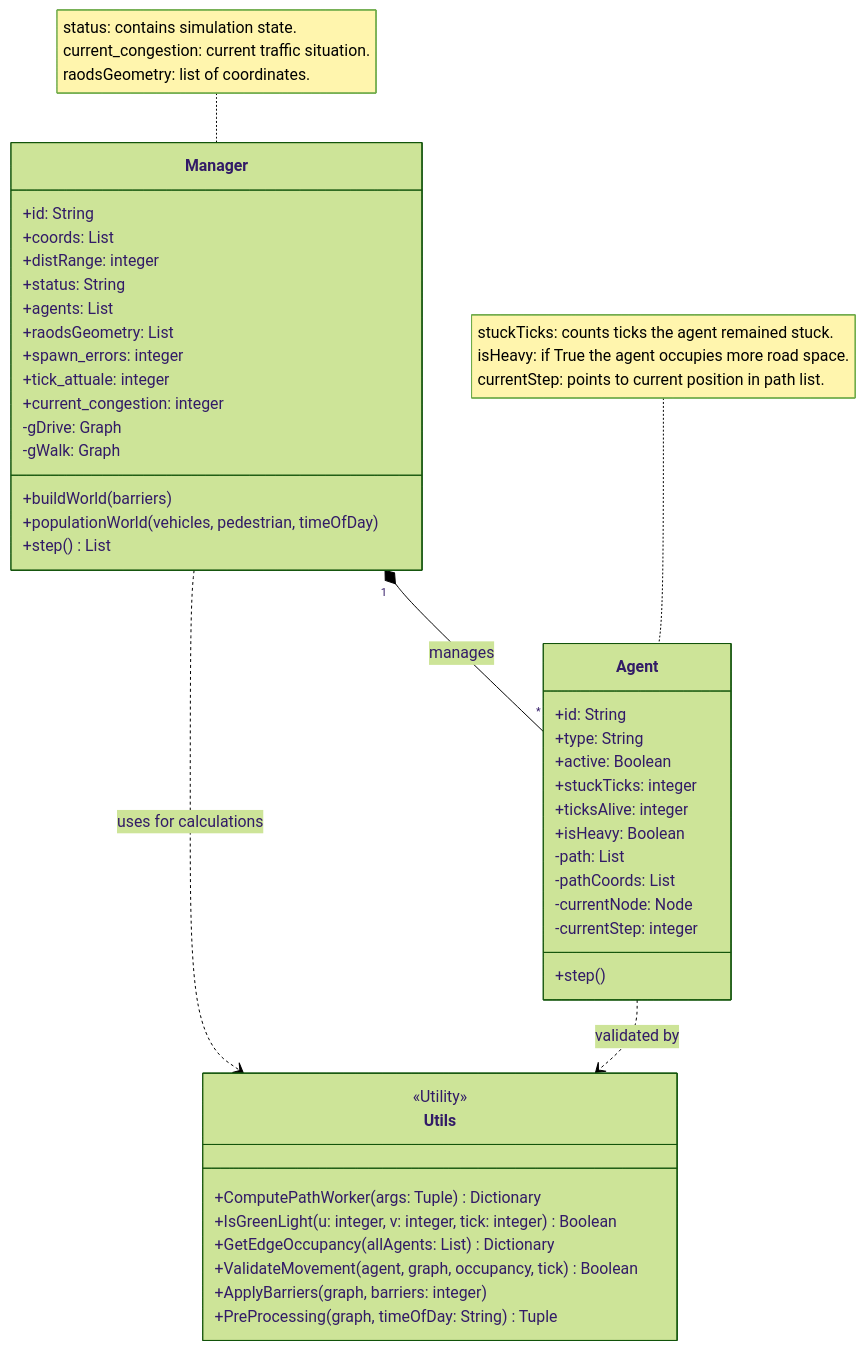
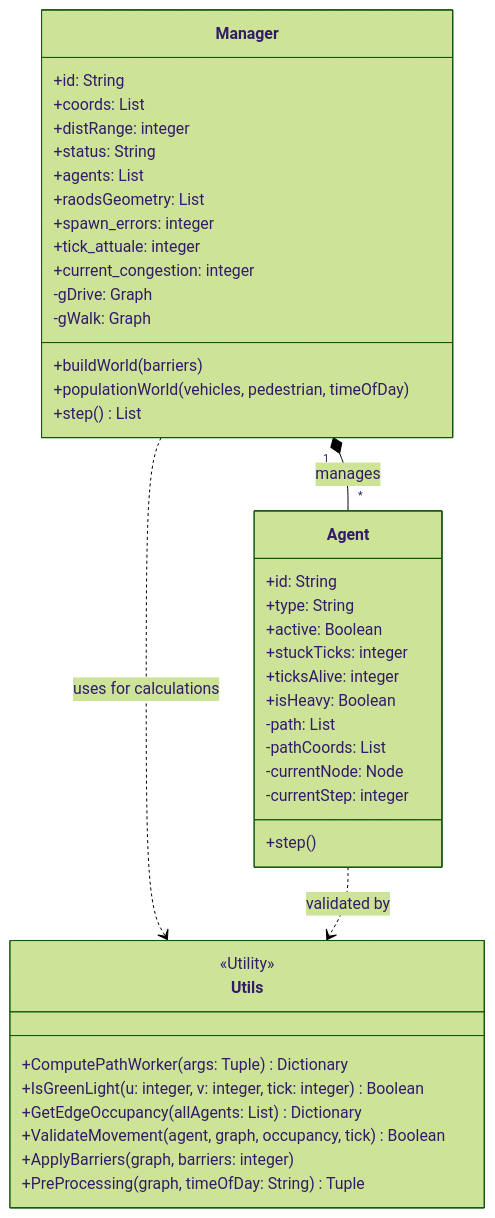
The first of 2 diagrams in project.md (viky17/TrafficSimulator), drawn with Mermaid (forest theme) before and after one commit.

````diff
--- a/project.md
+++ b/project.md
@@ -3,51 +3,47 @@
 ```mermaid
 classDiagram
     direction TB
 
     class Manager{
         +id: String
         +coords: List
         +distRange: integer
         +status: String
         +agents: List
         +raodsGeometry: List
         +spawn_errors: integer
         +tick_attuale: integer
         +current_congestion: integer
         -gDrive: Graph
         -gWalk: Graph
         +buildWorld(barriers)
         +populationWorld(vehicles, pedestrian, timeOfDay)
         +step() List
     }
-    note for Manager "status: contains simulation state.<br/>current_congestion: current traffic situation.<br/>raodsGeometry: list of coordinates."
-
     class Agent{
         +id: String
         +type: String
         +active: Boolean
         +stuckTicks: integer
         +ticksAlive: integer
         +isHeavy: Boolean
         -path: List
         -pathCoords: List
         -currentNode: Node
         -currentStep: integer
         +step()
     }
-    note for Agent "stuckTicks: counts ticks the agent remained stuck.<br/>isHeavy: if True the agent occupies more road space.<br/>currentStep: points to current position in path list."
-
     class Utils{
         <<Utility>>
         +ComputePathWorker(args: Tuple) Dictionary
         +IsGreenLight(u: integer, v: integer, tick: integer) Boolean
         +GetEdgeOccupancy(allAgents: List) Dictionary
         +ValidateMovement(agent, graph, occupancy, tick) Boolean
         +ApplyBarriers(graph, barriers: integer)
         +PreProcessing(graph, timeOfDay: String) Tuple
     }
 
     Manager "1" *-- "*" Agent : manages
     Manager ..> Utils : uses for calculations
     Agent ..> Utils : validated by
 ```
````
